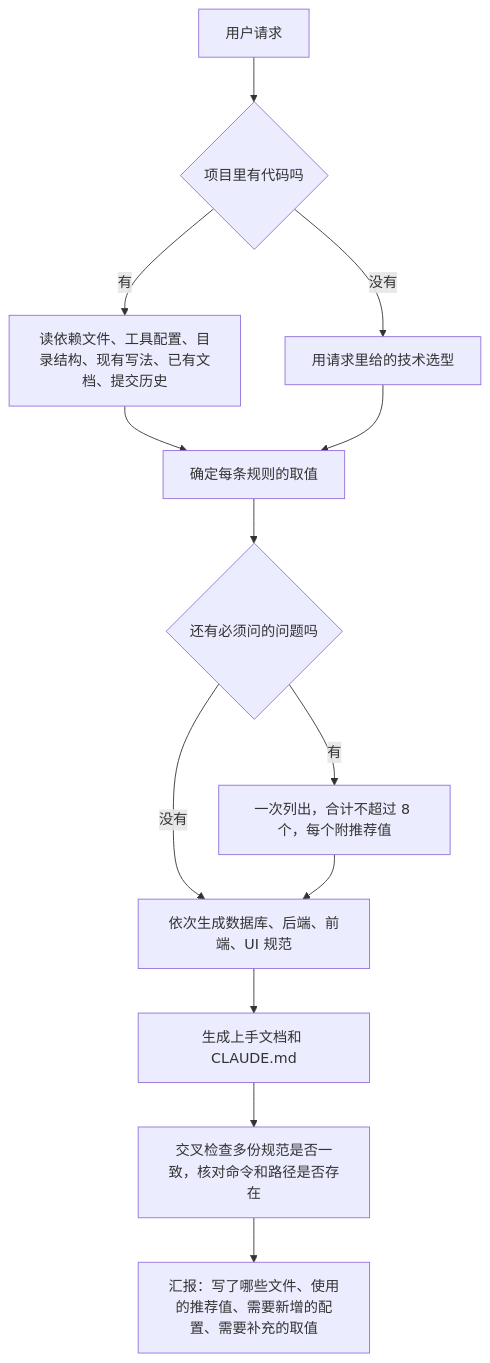
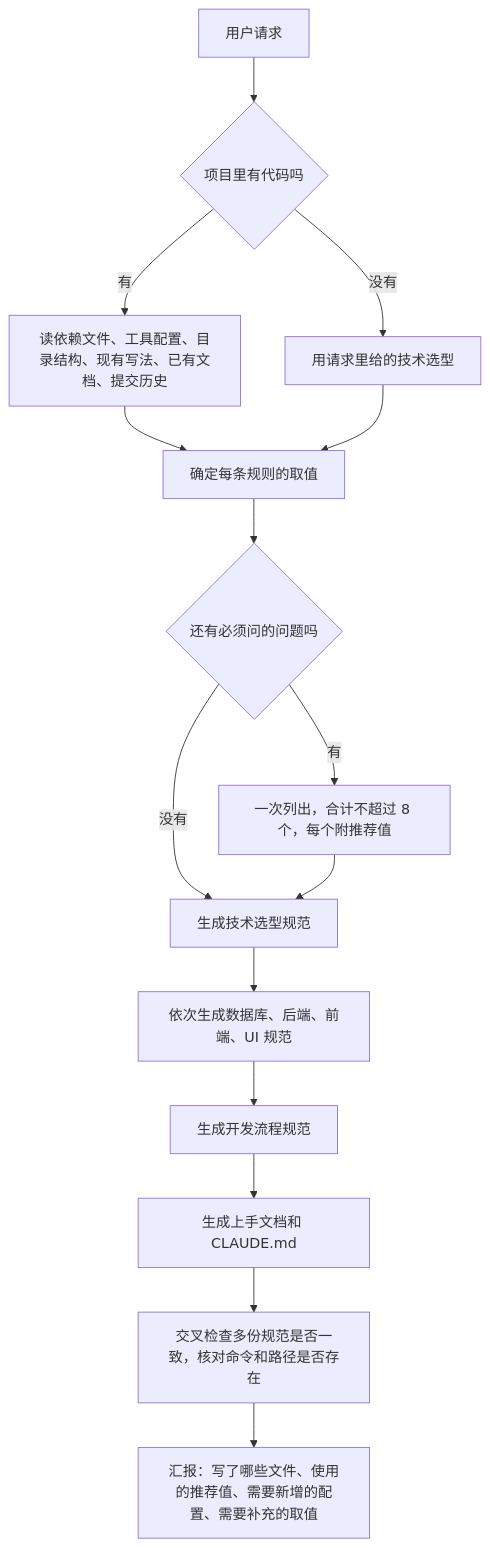
Before and after one commit to jiangwanyutao/project-standards: the diagram in README.md, drawn with Mermaid. The commit also changed other lines of this file and 17 other files, not shown here.

````diff
--- a/README.md
+++ b/README.md
@@ -135,15 +140,17 @@
 ```mermaid
 flowchart TD
     A[用户请求] --> B{项目里有代码吗}
     B -- 有 --> C[读依赖文件、工具配置、目录结构、现有写法、已有文档、提交历史]
     B -- 没有 --> D[用请求里给的技术选型]
     C --> E[确定每条规则的取值]
     D --> E
     E --> F{还有必须问的问题吗}
     F -- 有 --> G[一次列出，合计不超过 8 个，每个附推荐值]
-    F -- 没有 --> H[依次生成数据库、后端、前端、UI 规范]
-    G --> H
-    H --> I[生成上手文档和 CLAUDE.md]
+    F -- 没有 --> T[生成技术选型规范]
+    G --> T
+    T --> H[依次生成数据库、后端、前端、UI 规范]
+    H --> W[生成开发流程规范]
+    W --> I[生成上手文档和 CLAUDE.md]
     I --> J[交叉检查多份规范是否一致，核对命令和路径是否存在]
     J --> K[汇报：写了哪些文件、使用的推荐值、需要新增的配置、需要补充的取值]
 ```
````
